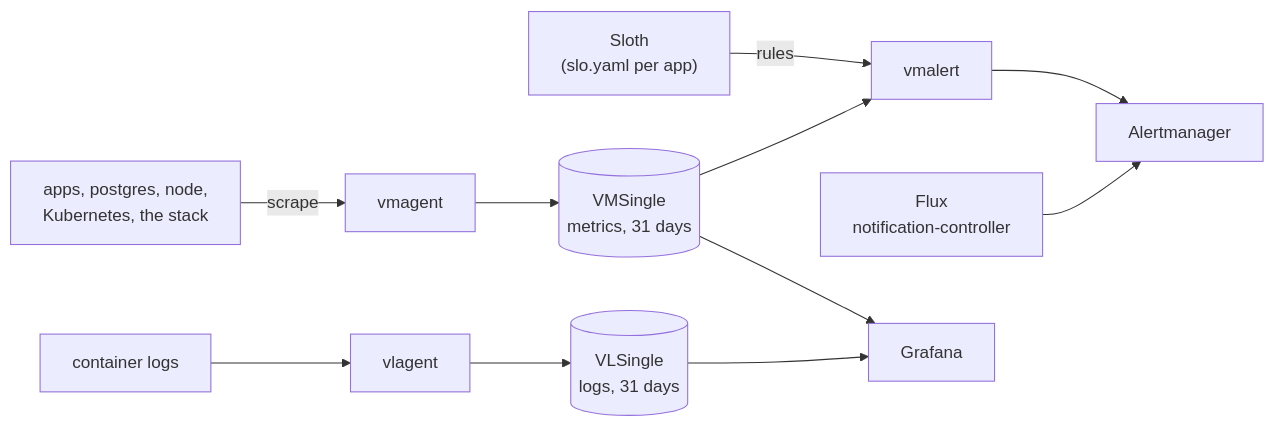
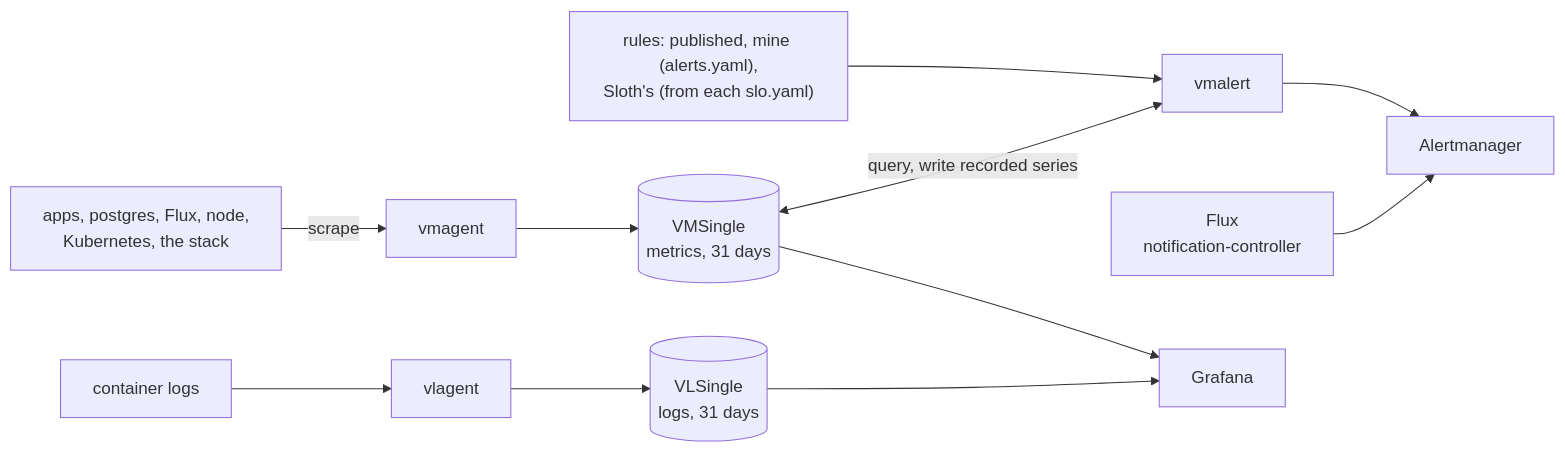
The second of 2 diagrams in README.md (slobra1n/devops-case-study), drawn with Mermaid before and after one commit. The commit also changed other lines of this file, not shown here.

Commit message:
docs: diagrams show Flux monitoring, every rule source and recorded series written back

````diff
--- a/README.md
+++ b/README.md
@@ -64,10 +64,11 @@
 ```mermaid
 flowchart LR
-  targets["apps, postgres, node,<br/>Kubernetes, the stack"] -- scrape --> vmagent --> vmsingle[("VMSingle<br/>metrics, 31 days")]
-  sloth["Sloth<br/>(slo.yaml per app)"] -- rules --> vmalert
-  vmsingle --> vmalert --> alertmanager[Alertmanager]
+  targets["apps, postgres, Flux, node,<br/>Kubernetes, the stack"] -- scrape --> vmagent --> vmsingle[("VMSingle<br/>metrics, 31 days")]
+  rules["rules: published, mine (alerts.yaml),<br/>Sloth's (from each slo.yaml)"] --> vmalert
+  vmsingle <-- "query, write recorded series" --> vmalert
+  vmalert --> alertmanager[Alertmanager]
   flux["Flux<br/>notification-controller"] --> alertmanager
   containers["container logs"] --> vlagent --> vlsingle[("VLSingle<br/>logs, 31 days")]
   vmsingle --> grafana[Grafana]
   vlsingle --> grafana
 ```
````
